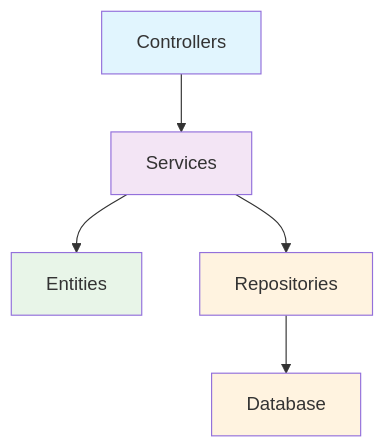
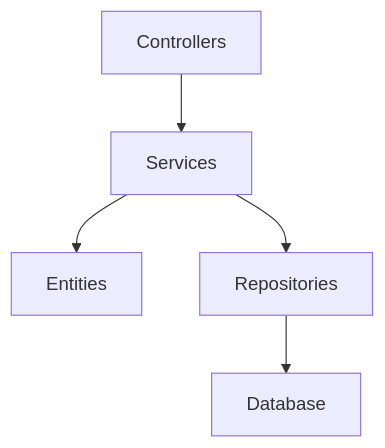
The first of 4 diagrams in README.md (joevtap/techlab25), drawn with Mermaid before and after one commit. The commit also changed other lines of this file and 3 other files, not shown here.

````diff
--- a/README.md
+++ b/README.md
@@ -144,17 +147,7 @@
 ```mermaid
 graph TB
     A[Controllers] --> B[Services]
     B --> C[Entities]
     B --> D[Repositories]
     D --> E[Database]
-
-    classDef interface fill:#e1f5fe
-    classDef application fill:#f3e5f5
-    classDef domain fill:#e8f5e8
-    classDef infrastructure fill:#fff3e0
-
-    class A interface
-    class B application
-    class C domain
-    class D,E infrastructure
 ```
````
